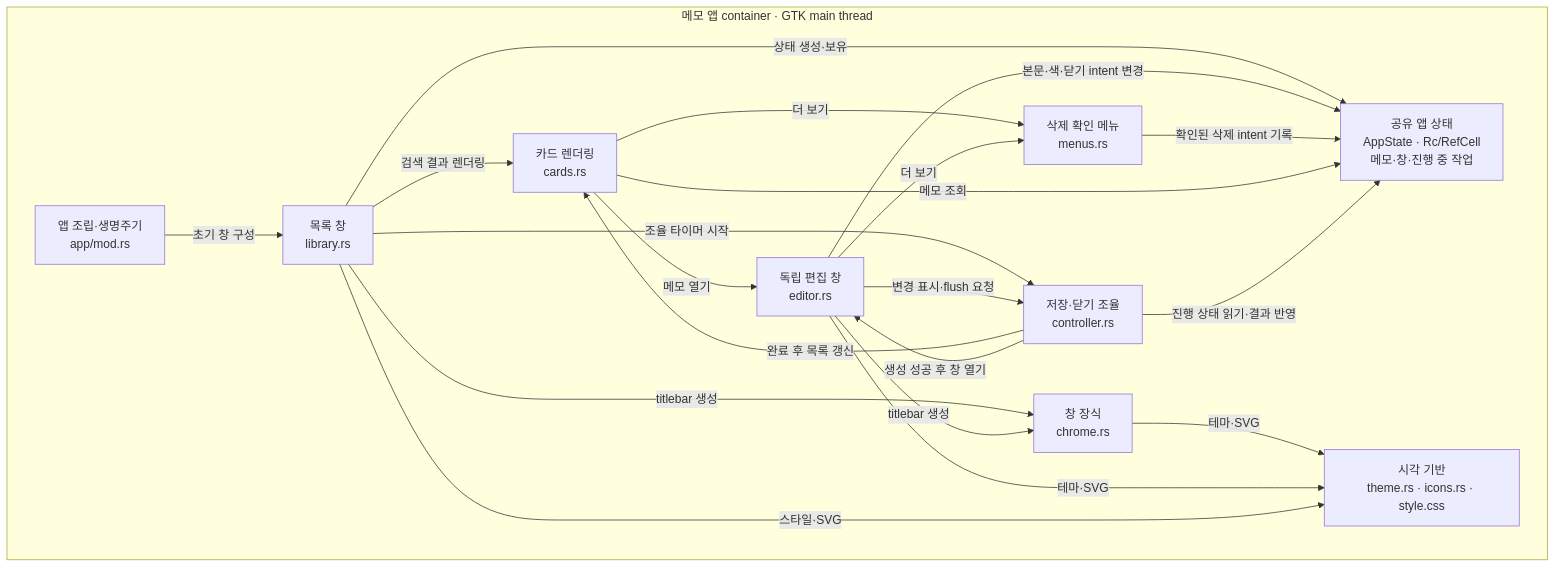
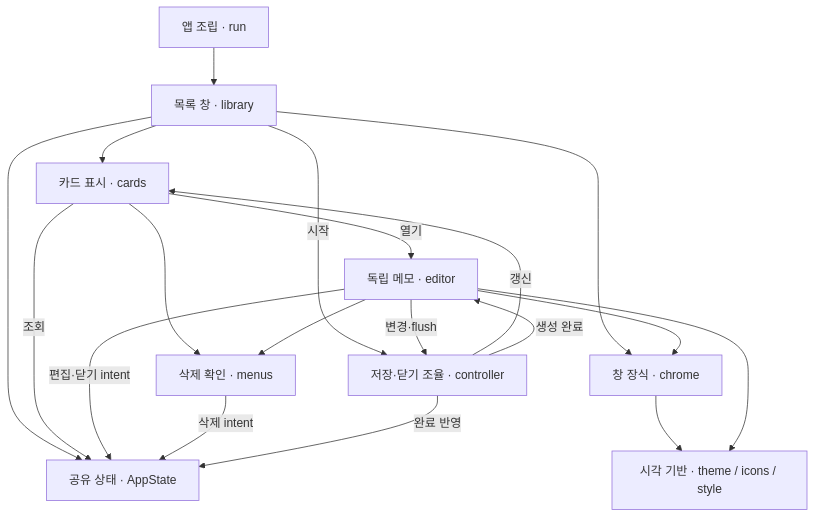
Before and after one commit to pollux-o4/MemoIvy: the diagram in architecture/03-ui-components.md, drawn with Mermaid. The commit also changed other lines of this file and 44 other files, not shown here.

````diff
--- a/architecture/03-ui-components.md
+++ b/architecture/03-ui-components.md
@@ -7,33 +3,21 @@
 ```mermaid
 flowchart TB
-    subgraph app["메모 앱 container · GTK main thread"]
-        lifecycle["앱 조립·생명주기<br/>app/mod.rs"]
-        state["공유 앱 상태<br/>AppState · Rc/RefCell<br/>메모·창·진행 중 작업"]
-        library["목록 창<br/>library.rs"]
-        cards["카드 렌더링<br/>cards.rs"]
-        editor["독립 편집 창<br/>editor.rs"]
-        menus["삭제 확인 메뉴<br/>menus.rs"]
-        chrome["창 장식<br/>chrome.rs"]
-        visuals["시각 기반<br/>theme.rs · icons.rs · style.css"]
-        coordinator["저장·닫기 조율<br/>controller.rs"]
-    end
-    lifecycle -->|초기 창 구성| library
-    library -->|상태 생성·보유| state
-    library -->|검색 결과 렌더링| cards
-    cards -->|메모 열기| editor
-    cards -->|더 보기| menus
-    editor -->|더 보기| menus
-    library -->|titlebar 생성| chrome
-    editor -->|titlebar 생성| chrome
-    chrome -->|테마·SVG| visuals
-    editor -->|테마·SVG| visuals
-    library -->|스타일·SVG| visuals
-    editor -->|본문·색·닫기 intent 변경| state
-    menus -->|확인된 삭제 intent 기록| state
-    cards -->|메모 조회| state
-    library -->|조율 타이머 시작| coordinator
-    editor -->|변경 표시·flush 요청| coordinator
-    coordinator -->|진행 상태 읽기·결과 반영| state
-    coordinator -->|완료 후 목록 갱신| cards
-    coordinator -->|생성 성공 후 창 열기| editor
+    lifecycle["앱 조립 · run"] --> library["목록 창 · library"]
+    library --> cards["카드 표시 · cards"]
+    cards -->|열기| editor["독립 메모 · editor"]
+    cards --> menus["삭제 확인 · menus"]
+    editor --> menus
+    library --> chrome["창 장식 · chrome"]
+    editor --> chrome
+    chrome --> visuals["시각 기반 · theme / icons / style"]
+    editor --> visuals
+    library --> state["공유 상태 · AppState"]
+    cards -->|조회| state
+    editor -->|편집·닫기 intent| state
+    menus -->|삭제 intent| state
+    library -->|시작| controller["저장·닫기 조율 · controller"]
+    editor -->|변경·flush| controller
+    controller -->|완료 반영| state
+    controller -->|갱신| cards
+    controller -->|생성 완료| editor
 ```
````
